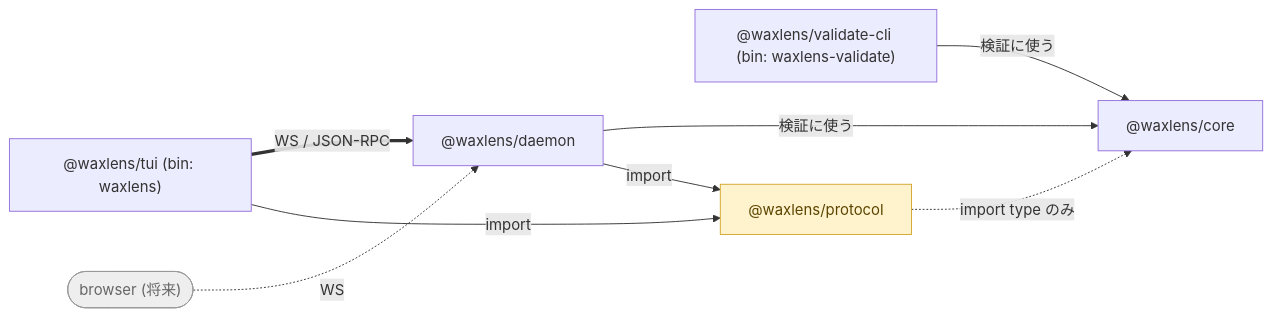
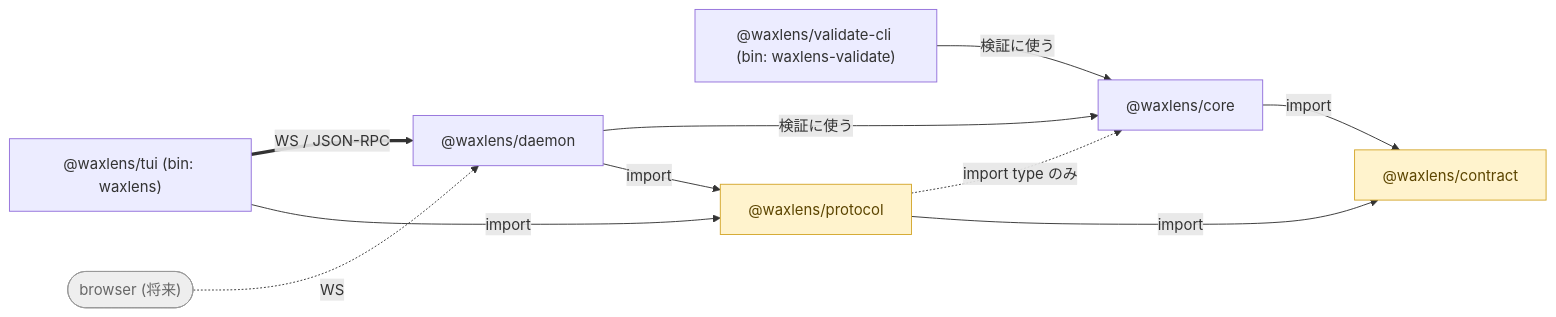
The diagram in docs-site/src/content/docs/ja/index.mdx (uraitakahito/waxlens), drawn with Mermaid before and after one commit. The commit also changed 1 other file, not shown here.

Commit message:
fix(docs): ja の mermaid に @waxlens/contract を入れる (#136)
英語版だけノードが入り、日本語版が漏れていた。矢印ラベルが
`|"import type only"|` と `|"import type のみ"|` で違うのに、置換を
英語の文字列で書いたため ja に当たっていなかった。

結果として ja 側は `class shared,protocol shared;` が存在しない
ノード `shared` を参照する状態で publish されていた。

Claude-Session: https://claude.ai/code/session_017Ekt6mAyoTEkxwaKc3tPUQ

````diff
--- a/docs-site/src/content/docs/ja/index.mdx
+++ b/docs-site/src/content/docs/ja/index.mdx
@@ -36,15 +36,17 @@
 ```mermaid
 flowchart LR
     tui["@waxlens/tui (bin: waxlens)"] ==>|"WS / JSON-RPC"| daemon["@waxlens/daemon"]
     browser(["browser (将来)"]) -.->|"WS"| daemon
     cli["@waxlens/validate-cli (bin: waxlens-validate)"] -->|"検証に使う"| core["@waxlens/core"]
     daemon -->|"検証に使う"| core
     tui -->|import| protocol["@waxlens/protocol"]
     daemon -->|import| protocol
     protocol -.->|"import type のみ"| core
+    core -->|import| shared["@waxlens/contract"]
+    protocol -->|import| shared
 
     classDef shared fill:#fff3cd,stroke:#d4a72c,color:#5c4500;
     classDef future fill:#eeeeee,stroke:#999999,color:#666666;
     class shared,protocol shared;
     class browser future;
 ```
````
